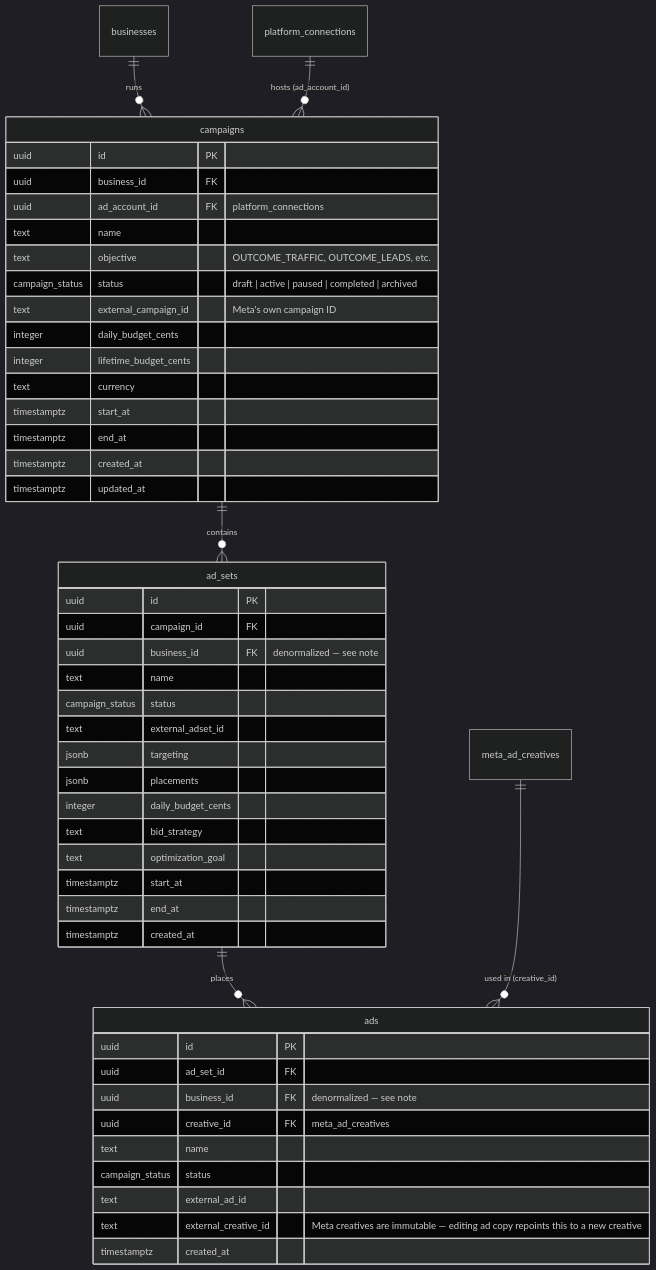
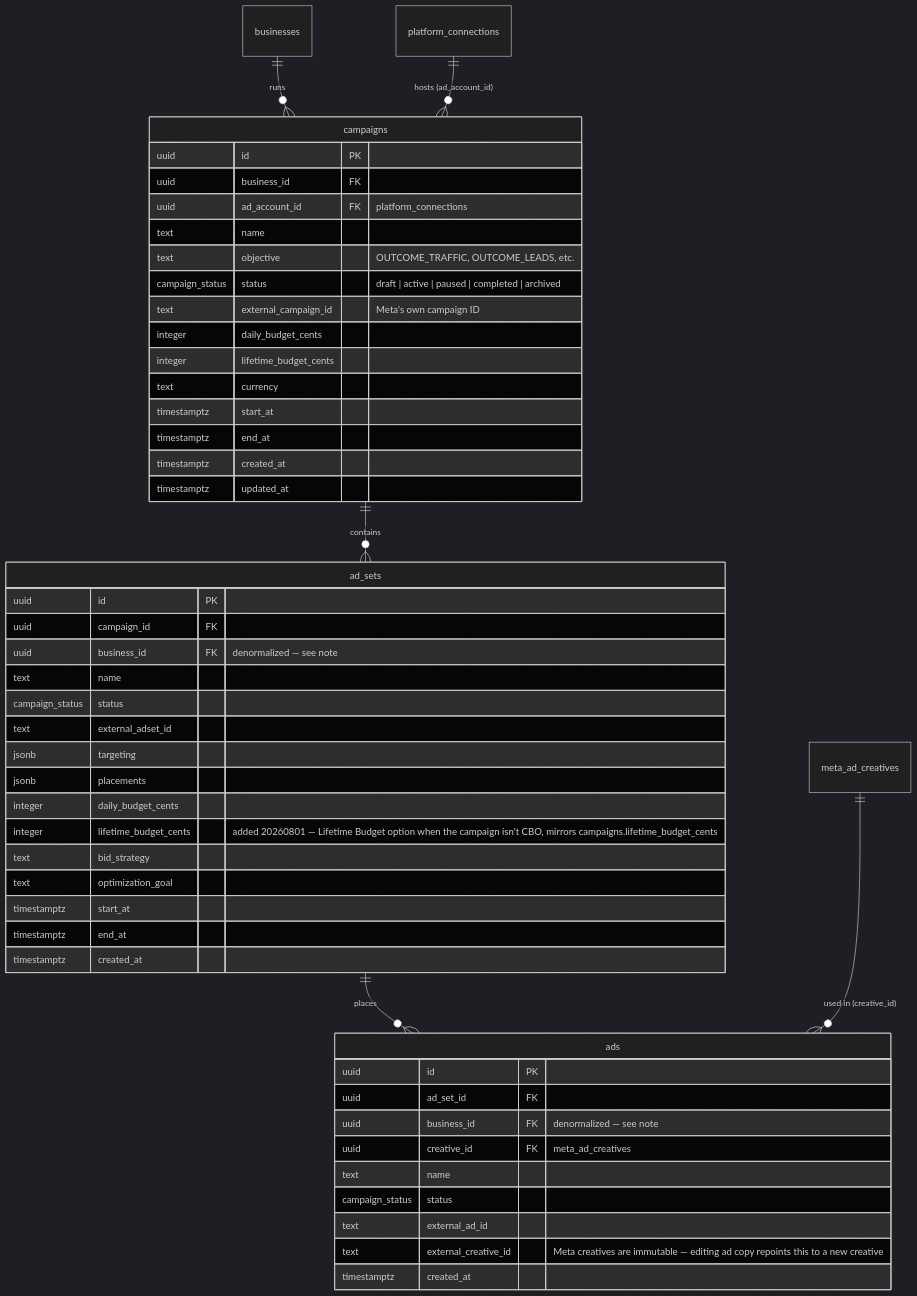
The fourth of 8 diagrams in docs/architecture/database_schema.md (Aumatic-AI/Kinetix), drawn with Mermaid (dark theme) before and after one commit. The commit also changed other lines of this file and 19 other files, not shown here.

````diff
--- a/docs/architecture/database_schema.md
+++ b/docs/architecture/database_schema.md
@@ -161,54 +172,55 @@
 ```mermaid
 erDiagram
     businesses ||--o{ campaigns : "runs"
     platform_connections ||--o{ campaigns : "hosts (ad_account_id)"
     campaigns ||--o{ ad_sets : "contains"
     ad_sets ||--o{ ads : "places"
     meta_ad_creatives ||--o{ ads : "used in (creative_id)"
 
     campaigns {
         uuid id PK
         uuid business_id FK
         uuid ad_account_id FK "platform_connections"
         text name
         text objective "OUTCOME_TRAFFIC, OUTCOME_LEADS, etc."
         campaign_status status "draft | active | paused | completed | archived"
         text external_campaign_id "Meta's own campaign ID"
         integer daily_budget_cents
         integer lifetime_budget_cents
         text currency
         timestamptz start_at
         timestamptz end_at
         timestamptz created_at
         timestamptz updated_at
     }
 
     ad_sets {
         uuid id PK
         uuid campaign_id FK
         uuid business_id FK "denormalized — see note"
         text name
         campaign_status status
         text external_adset_id
         jsonb targeting
         jsonb placements
         integer daily_budget_cents
+        integer lifetime_budget_cents "added 20260801 — Lifetime Budget option when the campaign isn't CBO, mirrors campaigns.lifetime_budget_cents"
         text bid_strategy
         text optimization_goal
         timestamptz start_at
         timestamptz end_at
         timestamptz created_at
     }
 
     ads {
         uuid id PK
         uuid ad_set_id FK
         uuid business_id FK "denormalized — see note"
         uuid creative_id FK "meta_ad_creatives"
         text name
         campaign_status status
         text external_ad_id
         text external_creative_id "Meta creatives are immutable — editing ad copy repoints this to a new creative"
         timestamptz created_at
     }
 ```
````
